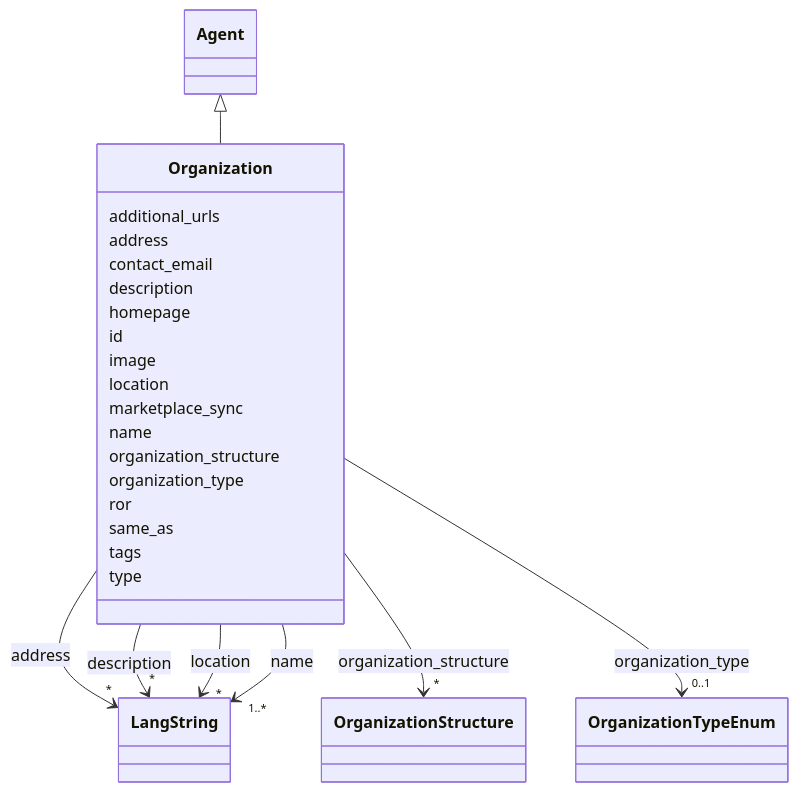
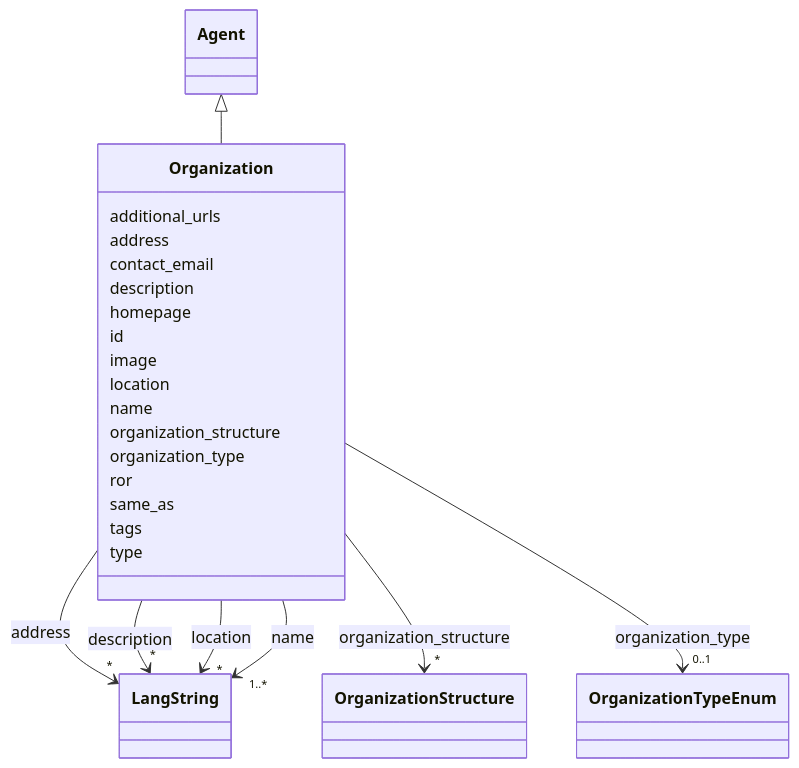
Before and after one commit to DARIAH-IL/idhi-manifests: the diagram in docs/classes/Organization.md, drawn with Mermaid. The commit also changed other lines of this file and 8 other files, not shown here.

Commit message:
Omit marketplace_sync slot

```diff
--- a/docs/classes/Organization.md
+++ b/docs/classes/Organization.md
@@ -77,8 +77,6 @@
     
 
         
-      Organization : marketplace_sync
-        
       Organization : name
         
           
```
